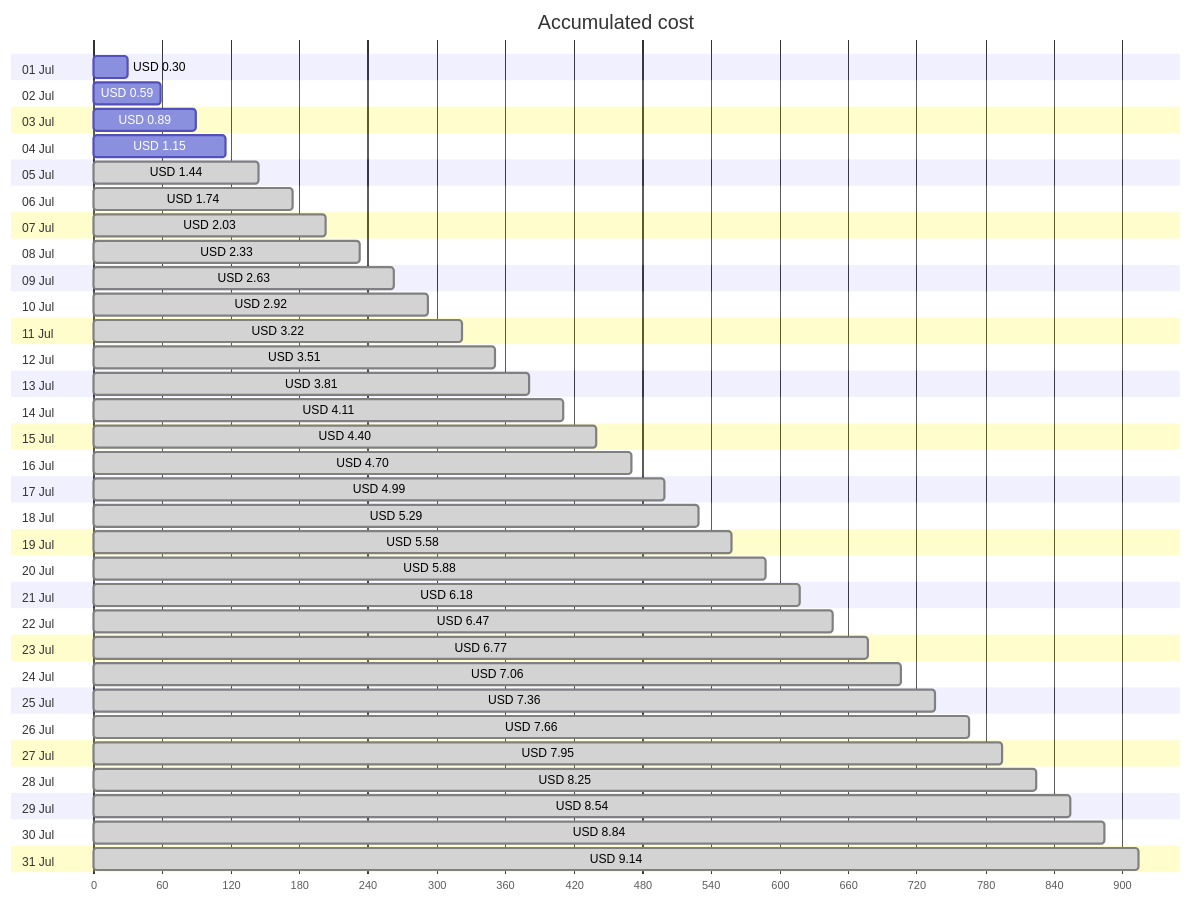
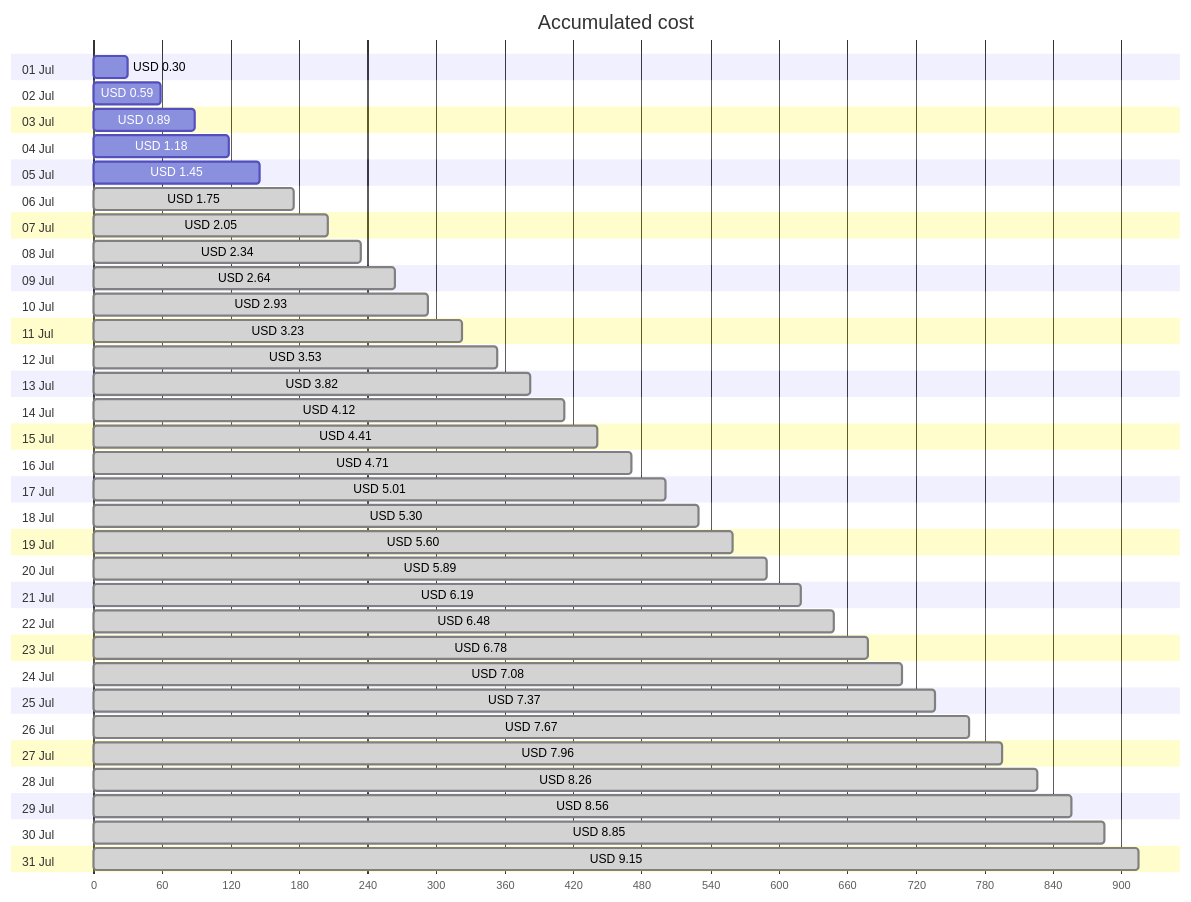
The first of 4 diagrams in cost-reports/personal-site/personal-site-preview.md (jpfulton/azure-personal-reports), drawn with Mermaid before and after one commit. The commit also changed other lines of this file and 6 other files, not shown here.

````diff
--- a/cost-reports/personal-site/personal-site-preview.md
+++ b/cost-reports/personal-site/personal-site-preview.md
@@ -20,68 +20,68 @@
 ```mermaid
 gantt
    title Accumulated cost
    dateFormat  X
    axisFormat %s
    section 01 Jul
    USD 0.30 :0, 30
    section 02 Jul
    USD 0.59 :0, 59
    section 03 Jul
    USD 0.89 :0, 89
    section 04 Jul
-   USD 1.15 :0, 115
+   USD 1.18 :0, 118
    section 05 Jul
-   USD 1.44 : done, 0, 144
+   USD 1.45 :0, 145
    section 06 Jul
-   USD 1.74 : done, 0, 174
+   USD 1.75 : done, 0, 175
    section 07 Jul
-   USD 2.03 : done, 0, 203
+   USD 2.05 : done, 0, 205
    section 08 Jul
-   USD 2.33 : done, 0, 233
+   USD 2.34 : done, 0, 234
    section 09 Jul
-   USD 2.63 : done, 0, 263
+   USD 2.64 : done, 0, 264
    section 10 Jul
-   USD 2.92 : done, 0, 292
+   USD 2.93 : done, 0, 293
    section 11 Jul
-   USD 3.22 : done, 0, 322
+   USD 3.23 : done, 0, 323
    section 12 Jul
-   USD 3.51 : done, 0, 351
+   USD 3.53 : done, 0, 353
    section 13 Jul
-   USD 3.81 : done, 0, 381
+   USD 3.82 : done, 0, 382
    section 14 Jul
-   USD 4.11 : done, 0, 411
+   USD 4.12 : done, 0, 412
    section 15 Jul
-   USD 4.40 : done, 0, 440
+   USD 4.41 : done, 0, 441
    section 16 Jul
-   USD 4.70 : done, 0, 470
+   USD 4.71 : done, 0, 471
    section 17 Jul
-   USD 4.99 : done, 0, 499
+   USD 5.01 : done, 0, 501
    section 18 Jul
-   USD 5.29 : done, 0, 529
+   USD 5.30 : done, 0, 530
    section 19 Jul
-   USD 5.58 : done, 0, 558
+   USD 5.60 : done, 0, 560
    section 20 Jul
-   USD 5.88 : done, 0, 588
+   USD 5.89 : done, 0, 589
    section 21 Jul
-   USD 6.18 : done, 0, 618
+   USD 6.19 : done, 0, 619
    section 22 Jul
-   USD 6.47 : done, 0, 647
+   USD 6.48 : done, 0, 648
    section 23 Jul
-   USD 6.77 : done, 0, 677
+   USD 6.78 : done, 0, 678
    section 24 Jul
-   USD 7.06 : done, 0, 706
+   USD 7.08 : done, 0, 708
    section 25 Jul
-   USD 7.36 : done, 0, 736
+   USD 7.37 : done, 0, 737
    section 26 Jul
-   USD 7.66 : done, 0, 766
+   USD 7.67 : done, 0, 767
    section 27 Jul
-   USD 7.95 : done, 0, 795
+   USD 7.96 : done, 0, 796
    section 28 Jul
-   USD 8.25 : done, 0, 825
+   USD 8.26 : done, 0, 826
    section 29 Jul
-   USD 8.54 : done, 0, 854
+   USD 8.56 : done, 0, 856
    section 30 Jul
-   USD 8.84 : done, 0, 884
+   USD 8.85 : done, 0, 885
    section 31 Jul
-   USD 9.14 : done, 0, 914
+   USD 9.15 : done, 0, 915
 ```
````
